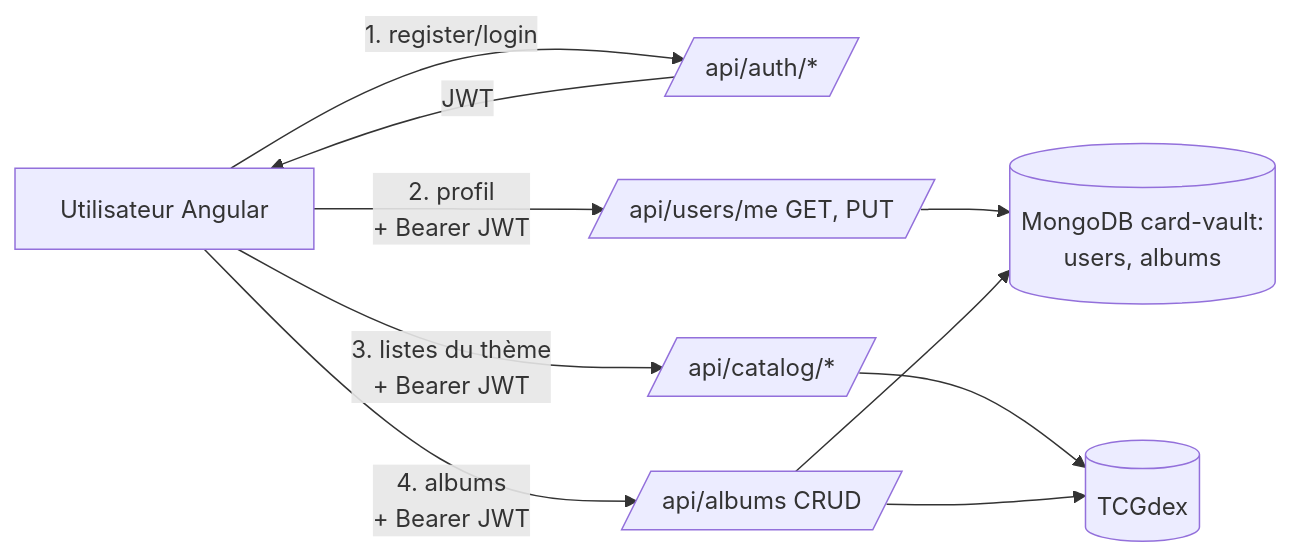
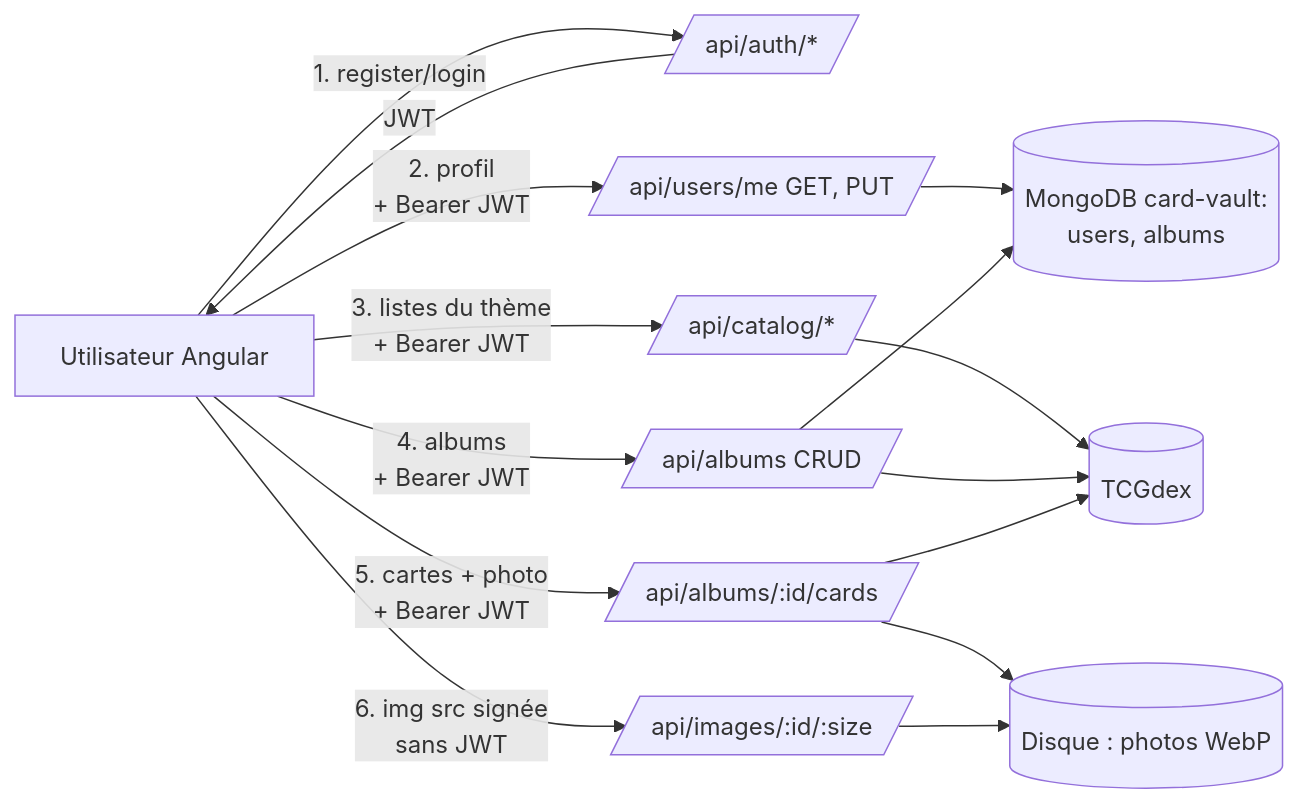
One commit to nini667-E/AngularM1_Miage_2026_2027_TP123 changed the tenth of 10 diagrams in backend/analyse.md. Above: the diagram before and after it, drawn with Mermaid. The commit also changed other lines of this file and 56 other files, not shown here.

First line of the commit message:
V2 étape 3 : cartes, photos, classeur et recadrage

````diff
--- a/backend/analyse.md
+++ b/backend/analyse.md
@@ -385,12 +513,17 @@
 ```mermaid
 flowchart LR
     A[Utilisateur Angular] -->|1. register/login| B[/api/auth/*/]
     B -->|JWT| A
     A -->|2. profil\n+ Bearer JWT| C[/api/users/me GET, PUT/]
     A -->|3. listes du thème\n+ Bearer JWT| D[/api/catalog/*/]
     D --> T[(TCGdex)]
     A -->|4. albums\n+ Bearer JWT| F[/api/albums CRUD/]
     F --> T
+    A -->|5. cartes + photo\n+ Bearer JWT| K[/api/albums/:id/cards/]
+    K --> T
+    K --> P[(Disque : photos WebP)]
+    A -->|6. img src signée\nsans JWT| I[/api/images/:id/:size/]
+    I --> P
     C --> E[(MongoDB card-vault:\nusers, albums)]
     F --> E
 ```
````
